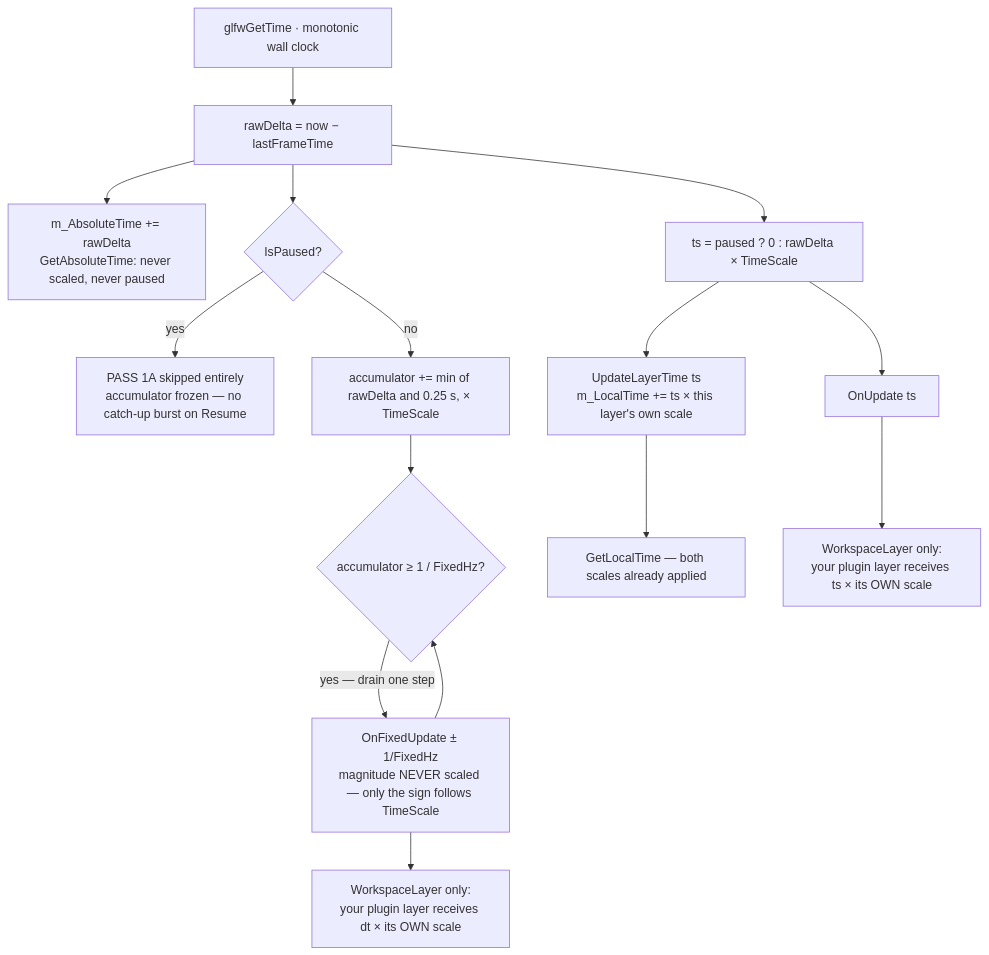
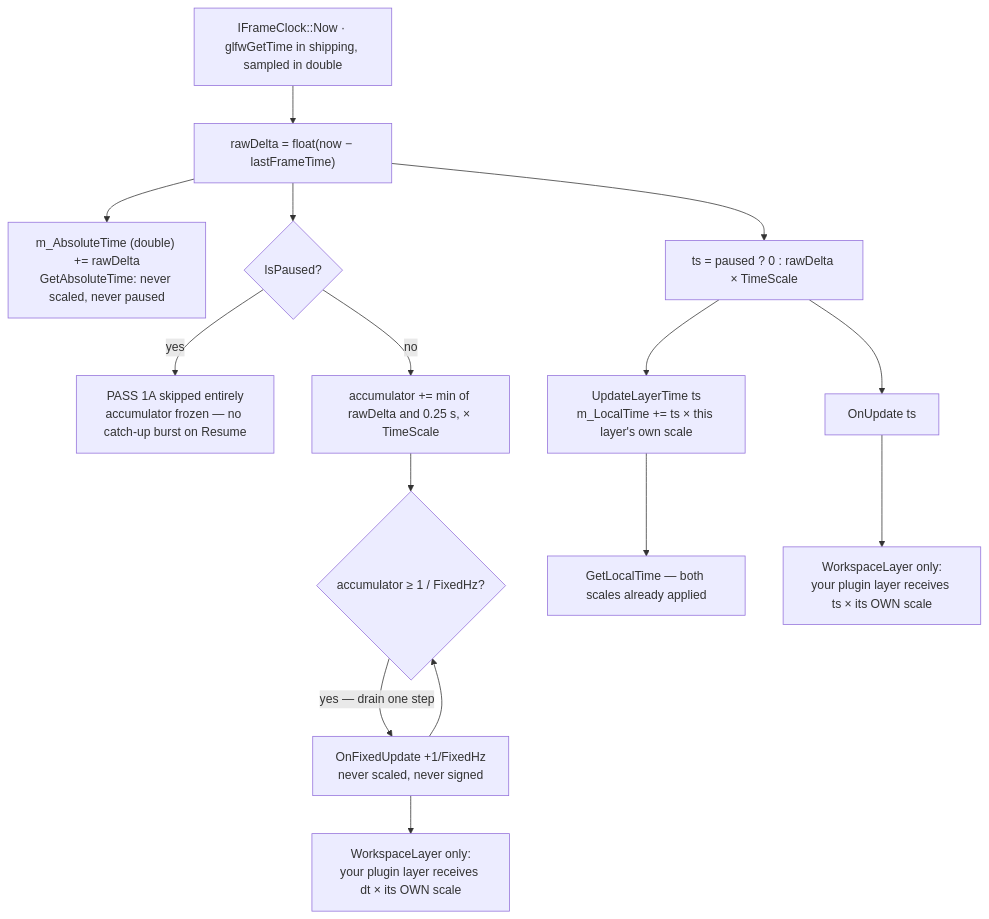
One commit to kdadabhoy/Cosmic changed the diagram in docs/guide/time-and-ticks.md. Above: the diagram before and after it, drawn with Mermaid. The commit also changed other lines of this file and 12 other files, not shown here.

````diff
--- a/docs/guide/time-and-ticks.md
+++ b/docs/guide/time-and-ticks.md
@@ -71,30 +71,30 @@
 ```mermaid
 flowchart TD
-    CLK["glfwGetTime · monotonic wall clock"]
-    RAW["rawDelta = now − lastFrameTime"]
-    ABS["m_AbsoluteTime += rawDelta<br/>GetAbsoluteTime: never scaled, never paused"]
+    CLK["IFrameClock::Now · glfwGetTime in shipping, sampled in double"]
+    RAW["rawDelta = float(now − lastFrameTime)"]
+    ABS["m_AbsoluteTime (double) += rawDelta<br/>GetAbsoluteTime: never scaled, never paused"]
     P{"IsPaused?"}
     SKIP["PASS 1A skipped entirely<br/>accumulator frozen — no catch-up burst on Resume"]
     ACC["accumulator += min of rawDelta and 0.25 s, × TimeScale"]
     W{"accumulator ≥ 1 / FixedHz?"}
-    FIX["OnFixedUpdate ± 1/FixedHz<br/>magnitude NEVER scaled — only the sign follows TimeScale"]
+    FIX["OnFixedUpdate +1/FixedHz<br/>never scaled, never signed"]
     TS["ts = paused ? 0 : rawDelta × TimeScale"]
     ULT["UpdateLayerTime ts<br/>m_LocalTime += ts × this layer's own scale"]
     UPD["OnUpdate ts"]
     GLT["GetLocalTime — both scales already applied"]
     WSU["WorkspaceLayer only:<br/>your plugin layer receives ts × its OWN scale"]
     WSF["WorkspaceLayer only:<br/>your plugin layer receives dt × its OWN scale"]
 
     CLK --> RAW --> ABS
     RAW --> P
     P -->|yes| SKIP
     P -->|no| ACC
     ACC --> W
     W -->|"yes — drain one step"| FIX
     FIX --> W
     FIX --> WSF
     RAW --> TS
     TS --> ULT --> GLT
     TS --> UPD
     UPD --> WSU
 ```
````
